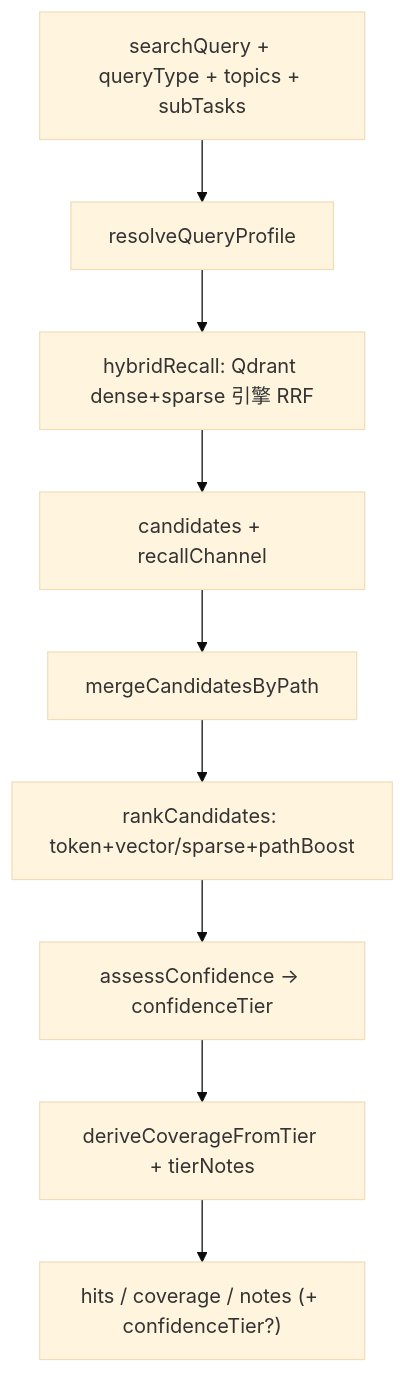
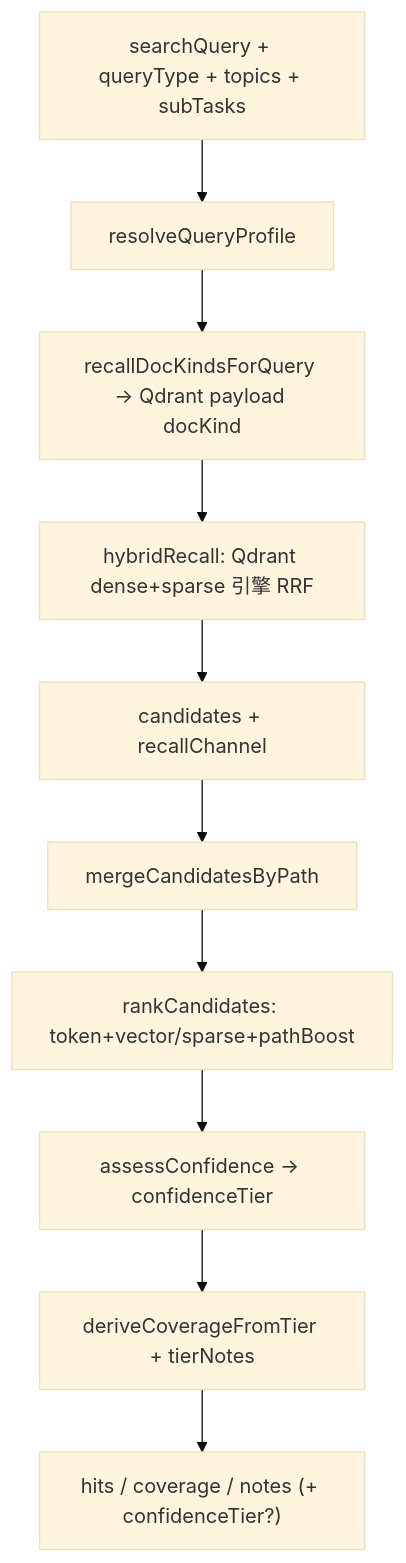
One commit to panzhanfei/agent changed the sixth of 12 diagrams in docs/02-agent-flows.md. Above: the diagram before and after it, drawn with Mermaid (base theme). The commit also changed other lines of this file and 50 other files, not shown here.

First line of the commit message:
检索按 docKind 分柜，亲友走 queryType=relations；修好 Vault 新建后删除按钮置灰

````diff
--- a/docs/02-agent-flows.md
+++ b/docs/02-agent-flows.md
@@ -306,11 +310,12 @@
 ```mermaid
 flowchart TD
   IN["searchQuery + queryType + topics + subTasks"] --> PROFILE["resolveQueryProfile"]
-  PROFILE --> HY["hybridRecall: Qdrant dense+sparse 引擎 RRF"]
+  PROFILE --> KIND["recallDocKindsForQuery → Qdrant payload docKind"]
+  KIND --> HY["hybridRecall: Qdrant dense+sparse 引擎 RRF"]
   HY --> RAW[candidates + recallChannel]
   RAW --> CAND[mergeCandidatesByPath]
   CAND --> RULE["rankCandidates: token+vector/sparse+pathBoost"]
   RULE --> TIER["assessConfidence → confidenceTier"]
   TIER --> COV["deriveCoverageFromTier + tierNotes"]
   COV --> OUT["hits / coverage / notes (+ confidenceTier?)"]
 ```
````
